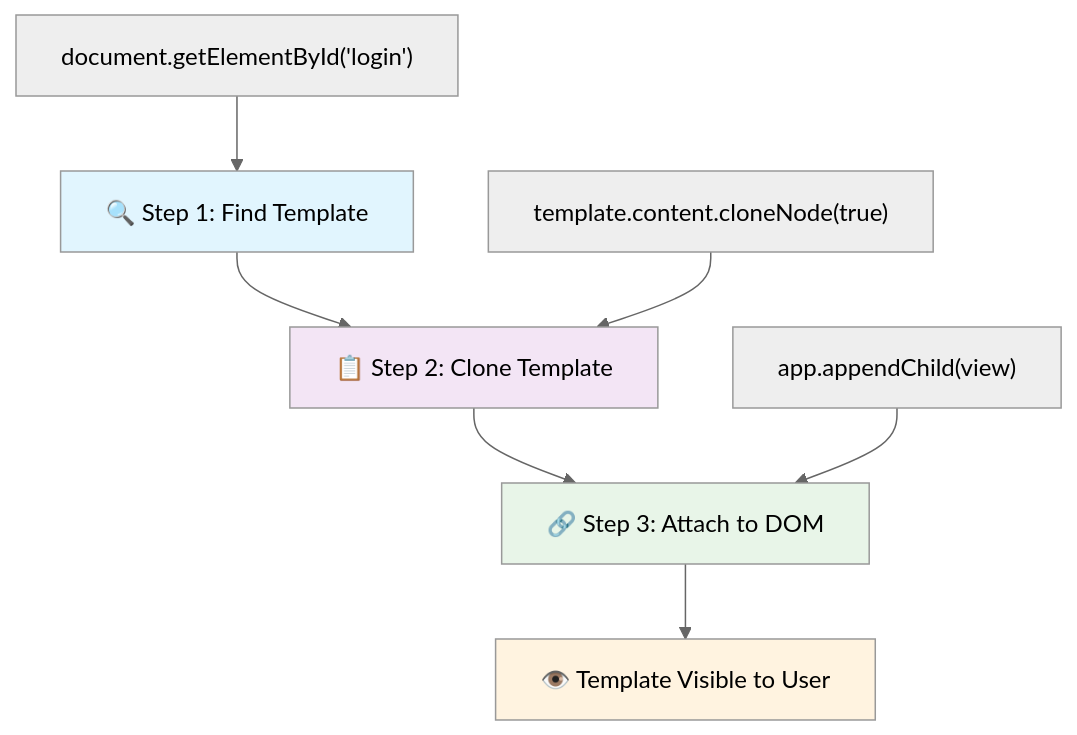
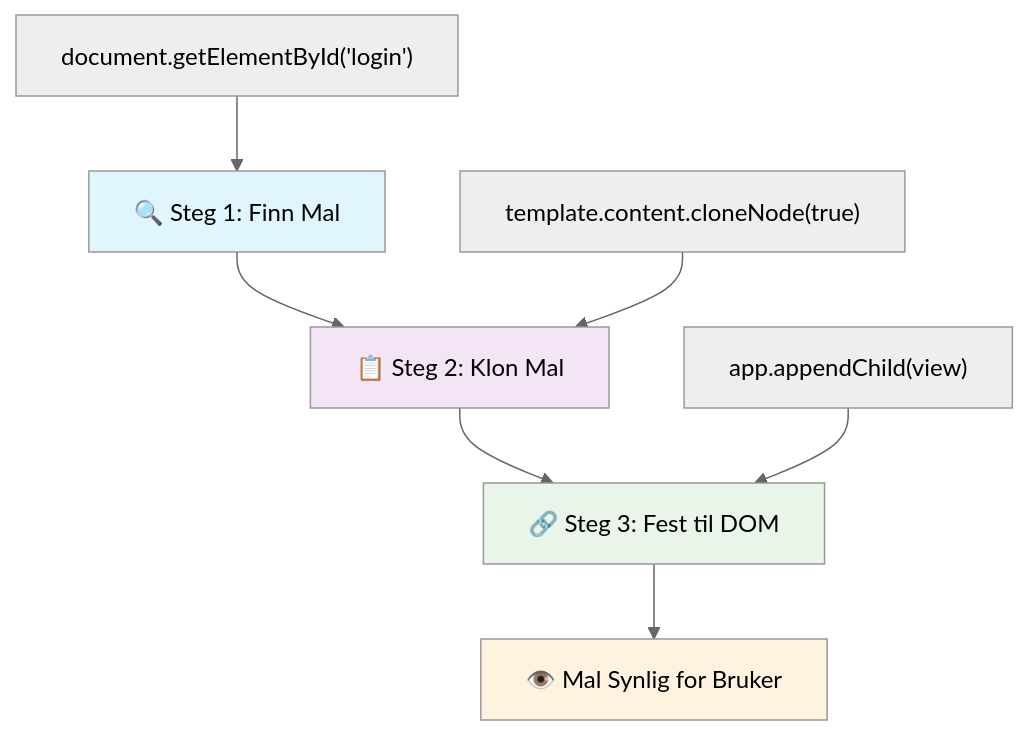
The fourth of 9 diagrams in translations/no/7-bank-project/1-template-route/README.md (microsoft/Web-Dev-For-Beginners), drawn with Mermaid (neutral theme) before and after one commit. The commit also changed other lines of this file and 99 other files, not shown here.

````diff
--- a/translations/no/7-bank-project/1-template-route/README.md
+++ b/translations/no/7-bank-project/1-template-route/README.md
@@ -192,16 +270,16 @@
 ```mermaid
 flowchart TD
-    A[🔍 Step 1: Find Template] --> B[📋 Step 2: Clone Template]
-    B --> C[🔗 Step 3: Attach to DOM]
+    A[🔍 Steg 1: Finn Mal] --> B[📋 Steg 2: Klon Mal]
+    B --> C[🔗 Steg 3: Fest til DOM]
     
     A1["document.getElementById('login')"] --> A
     B1["template.content.cloneNode(true)"] --> B  
     C1["app.appendChild(view)"] --> C
     
-    C --> D[👁️ Template Visible to User]
+    C --> D[👁️ Mal Synlig for Bruker]
     
     style A fill:#e1f5fe
     style B fill:#f3e5f5
     style C fill:#e8f5e8
     style D fill:#fff3e0
 ```
````
